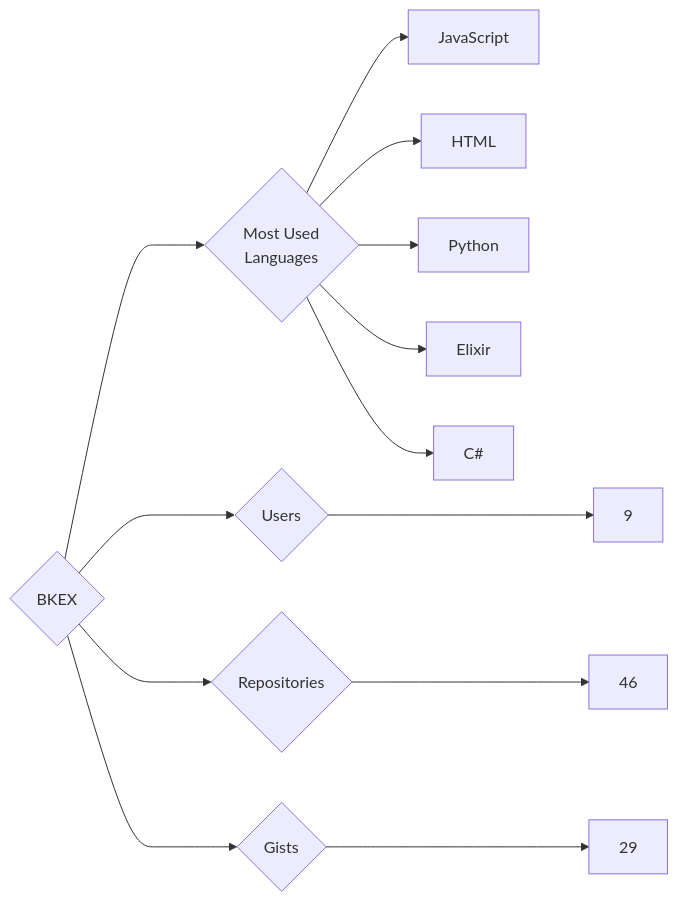
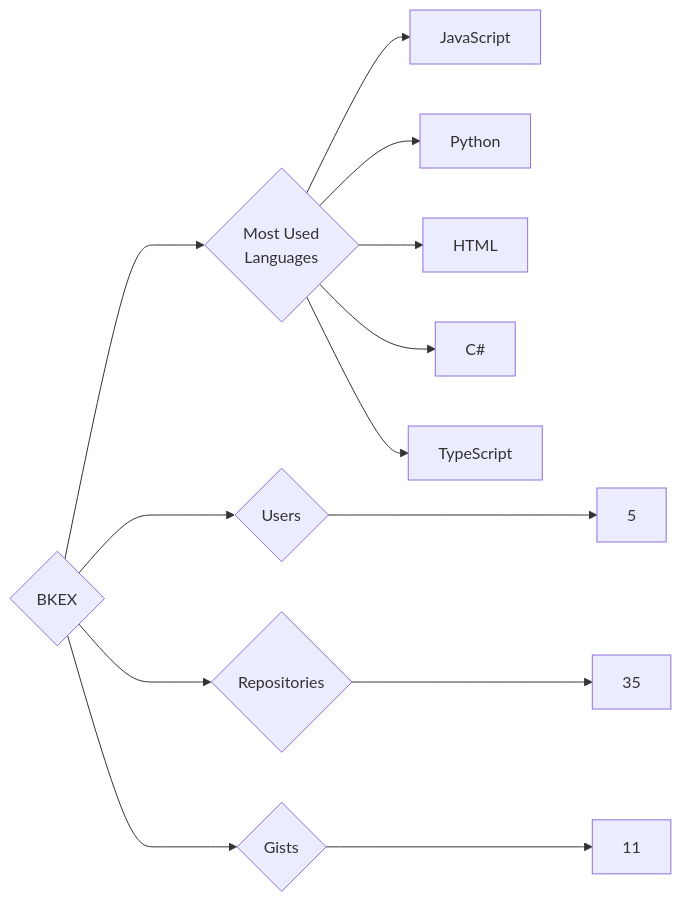
The diagram in targets/BKEX/README.md (trickest/insiders), drawn with Mermaid before and after one commit. The commit also changed 857 other files, not shown here.

````diff
--- a/targets/BKEX/README.md
+++ b/targets/BKEX/README.md
@@ -3,13 +3,13 @@
 ```mermaid
 graph LR
 COMPANY_NAME{BKEX}
-COMPANY_NAME ---> U{Users} ---> UN[9]
-COMPANY_NAME ---> R{Repositories} ---> RN[46]
-COMPANY_NAME ---> G{Gists} ---> GN[29]
+COMPANY_NAME ---> U{Users} ---> UN[5]
+COMPANY_NAME ---> R{Repositories} ---> RN[35]
+COMPANY_NAME ---> G{Gists} ---> GN[11]
 COMPANY_NAME ---> ML{Most Used<br>Languages}
 ML --> JavaScript[JavaScript]
+ML --> Python[Python]
 ML --> HTML[HTML]
-ML --> Python[Python]
-ML --> Elixir[Elixir]
 ML --> C#[C#]
+ML --> TypeScript[TypeScript]
 ```
````
